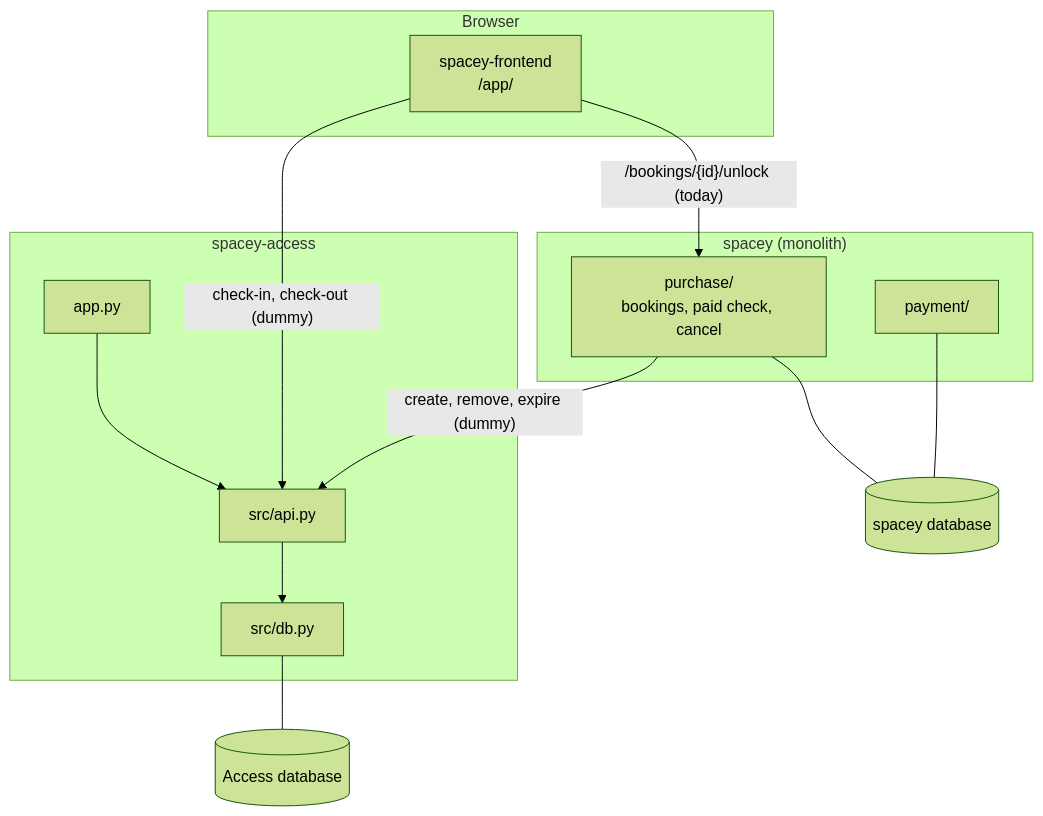
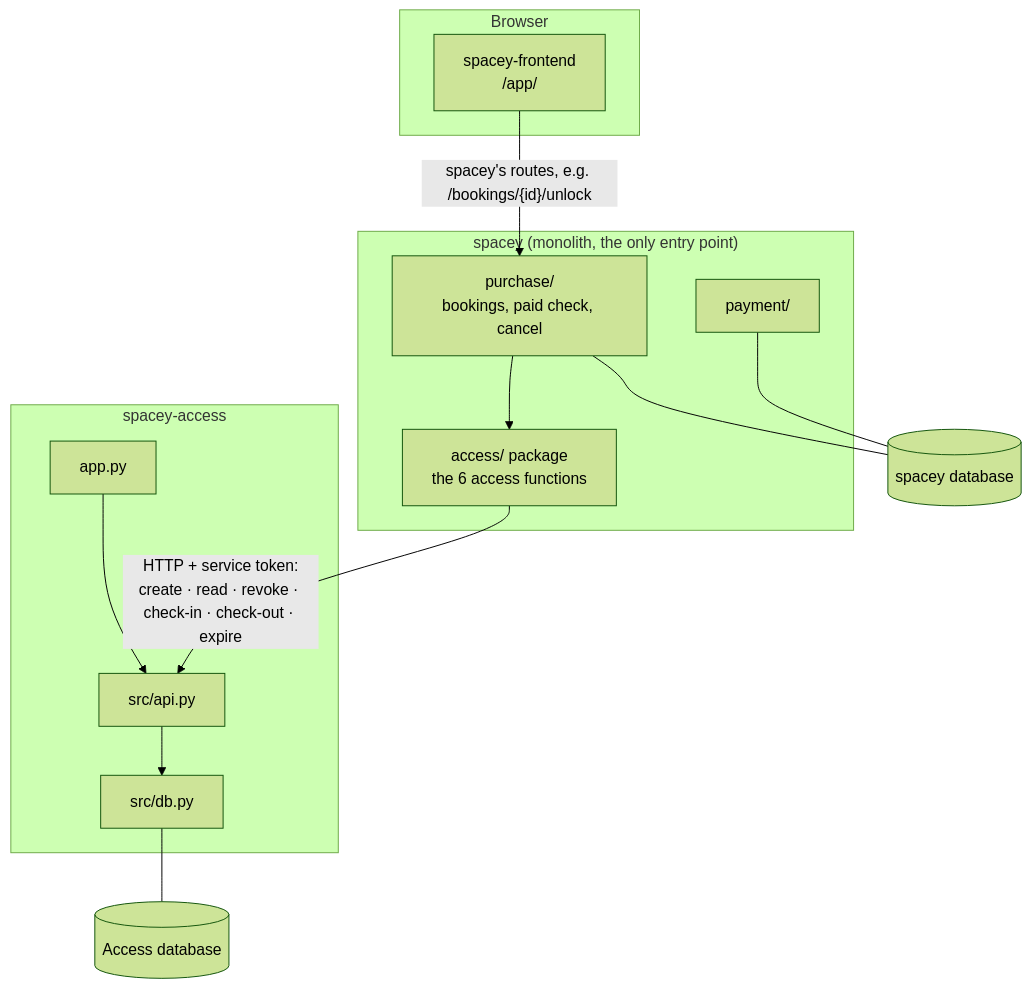
Before and after one commit to cs403bkk-2026/spacey-access: the first of 2 diagrams in docs/architecture.md, drawn with Mermaid (forest theme). The commit also changed other lines of this file and 24 other files, not shown here.

First line of the commit message:
ACC-13: contract 0.2.0 with revoke, read and token on all 6 calls

````diff
--- a/docs/architecture.md
+++ b/docs/architecture.md
@@ -5,19 +5,20 @@
 ```mermaid
 flowchart TB
     subgraph Browser
         FE["spacey-frontend<br/>/app/"]
     end
-    subgraph Spacey["spacey (monolith)"]
+    subgraph Spacey["spacey (monolith, the only entry point)"]
         PUR["purchase/<br/>bookings, paid check, cancel"]
         PAY["payment/"]
+        AM["access/ package<br/>the 6 access functions"]
     end
     subgraph Access["spacey-access"]
         APP["app.py"] --> API["src/api.py"] --> DBM["src/db.py"]
     end
-    FE -->|"/bookings/{id}/unlock (today)"| PUR
-    FE -->|"check-in, check-out (dummy)"| API
-    PUR -->|"create, remove, expire (dummy)"| API
+    FE -->|"spacey's routes, e.g. /bookings/{id}/unlock"| PUR
+    PUR --> AM
+    AM -->|"HTTP + service token:<br/>create · read · revoke · check-in · check-out · expire"| API
     PUR --- SDB[("spacey database")]
     PAY --- SDB
     DBM --- ADB[("Access database")]
 ```
````
